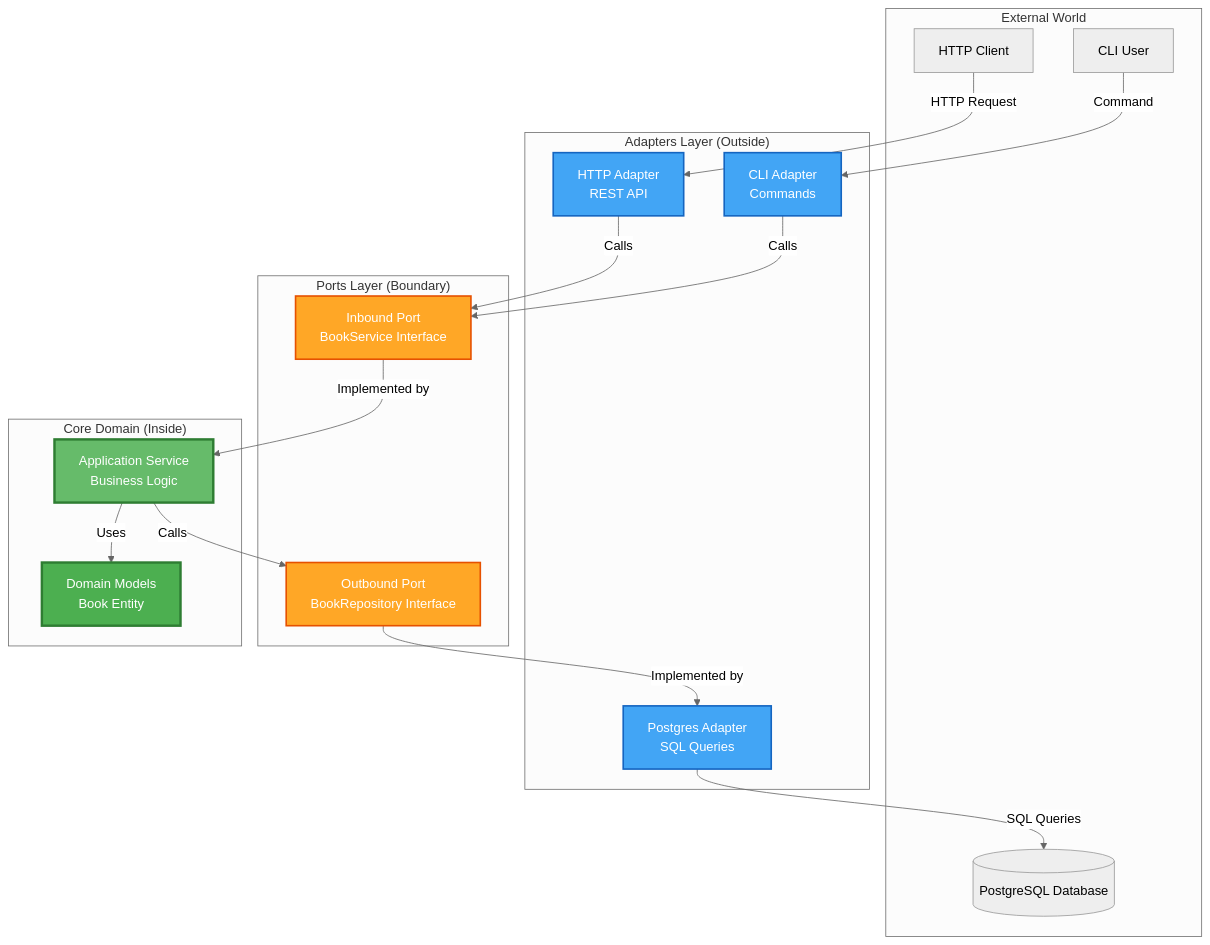
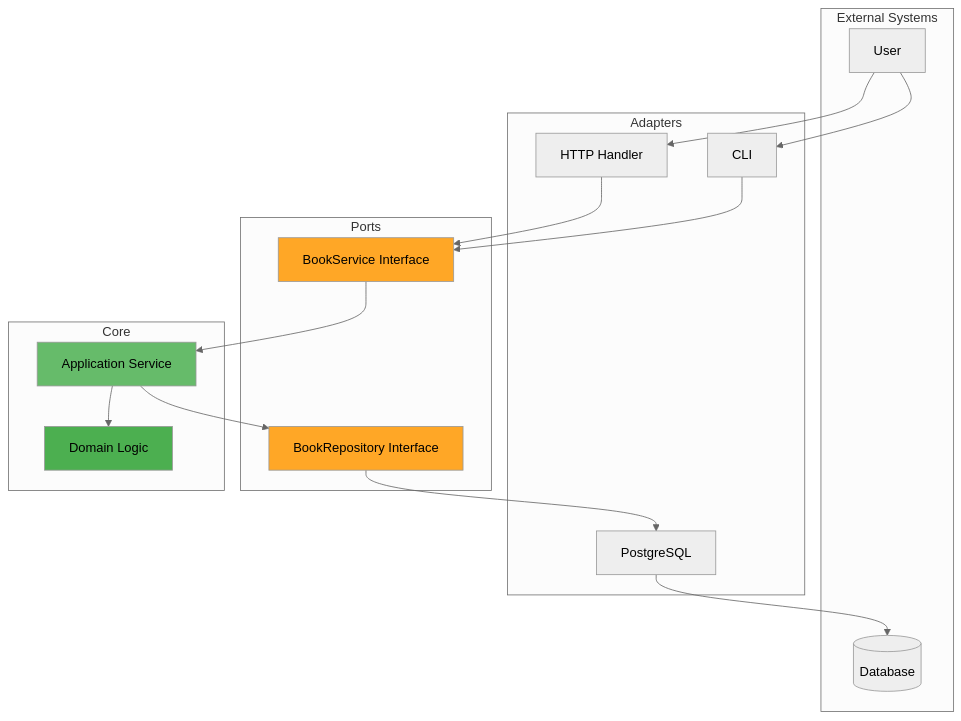
Before and after one commit to dhevdotdev/hexagonal-demo: the first of 3 diagrams in README.md, drawn with Mermaid (neutral theme). The commit also changed other lines of this file and 8 other files, not shown here.

First line of the commit message:
Refactor documentation: consolidate, add Mermaid diagrams, remove hardcoded references

````diff
--- a/README.md
+++ b/README.md
@@ -81,45 +26,38 @@
 ```mermaid
 graph TB
-    subgraph "External World"
-        HTTP[HTTP Client]
-        CLI[CLI User]
-        DB[(PostgreSQL Database)]
+    subgraph "External Systems"
+        User[User]
+        DB[(Database)]
     end
     
-    subgraph "Adapters Layer (Outside)"
-        HTTPAdapter[HTTP Adapter<br/>REST API]
-        CLIAdapter[CLI Adapter<br/>Commands]
-        PostgresAdapter[Postgres Adapter<br/>SQL Queries]
+    subgraph "Adapters"
+        HTTP[HTTP Handler]
+        CLI[CLI]
+        PG[PostgreSQL]
     end
     
-    subgraph "Ports Layer (Boundary)"
-        InboundPort[Inbound Port<br/>BookService Interface]
-        OutboundPort[Outbound Port<br/>BookRepository Interface]
+    subgraph "Ports"
+        IService[BookService Interface]
+        IRepo[BookRepository Interface]
     end
     
-    subgraph "Core Domain (Inside)"
-        Application[Application Service<br/>Business Logic]
-        Domain[Domain Models<br/>Book Entity]
+    subgraph "Core"
+        App[Application Service]
+        Domain[Domain Logic]
     end
     
-    HTTP -->|HTTP Request| HTTPAdapter
-    CLI -->|Command| CLIAdapter
+    User --> HTTP
+    User --> CLI
+    HTTP --> IService
+    CLI --> IService
+    IService --> App
+    App --> Domain
+    App --> IRepo
+    IRepo --> PG
+    PG --> DB
     
-    HTTPAdapter -->|Calls| InboundPort
-    CLIAdapter -->|Calls| InboundPort
-    
-    InboundPort -->|Implemented by| Application
-    Application -->|Uses| Domain
-    Application -->|Calls| OutboundPort
-    
-    OutboundPort -->|Implemented by| PostgresAdapter
-    PostgresAdapter -->|SQL Queries| DB
-    
-    style Domain fill:#4CAF50,stroke:#2E7D32,stroke-width:3px,color:#fff
-    style Application fill:#66BB6A,stroke:#2E7D32,stroke-width:3px,color:#fff
-    style InboundPort fill:#FFA726,stroke:#E65100,stroke-width:2px,color:#fff
-    style OutboundPort fill:#FFA726,stroke:#E65100,stroke-width:2px,color:#fff
-    style HTTPAdapter fill:#42A5F5,stroke:#1565C0,stroke-width:2px,color:#fff
-    style CLIAdapter fill:#42A5F5,stroke:#1565C0,stroke-width:2px,color:#fff
-    style PostgresAdapter fill:#42A5F5,stroke:#1565C0,stroke-width:2px,color:#fff
+    style Domain fill:#4CAF50
+    style App fill:#66BB6A
+    style IService fill:#FFA726
+    style IRepo fill:#FFA726
 ```
````
